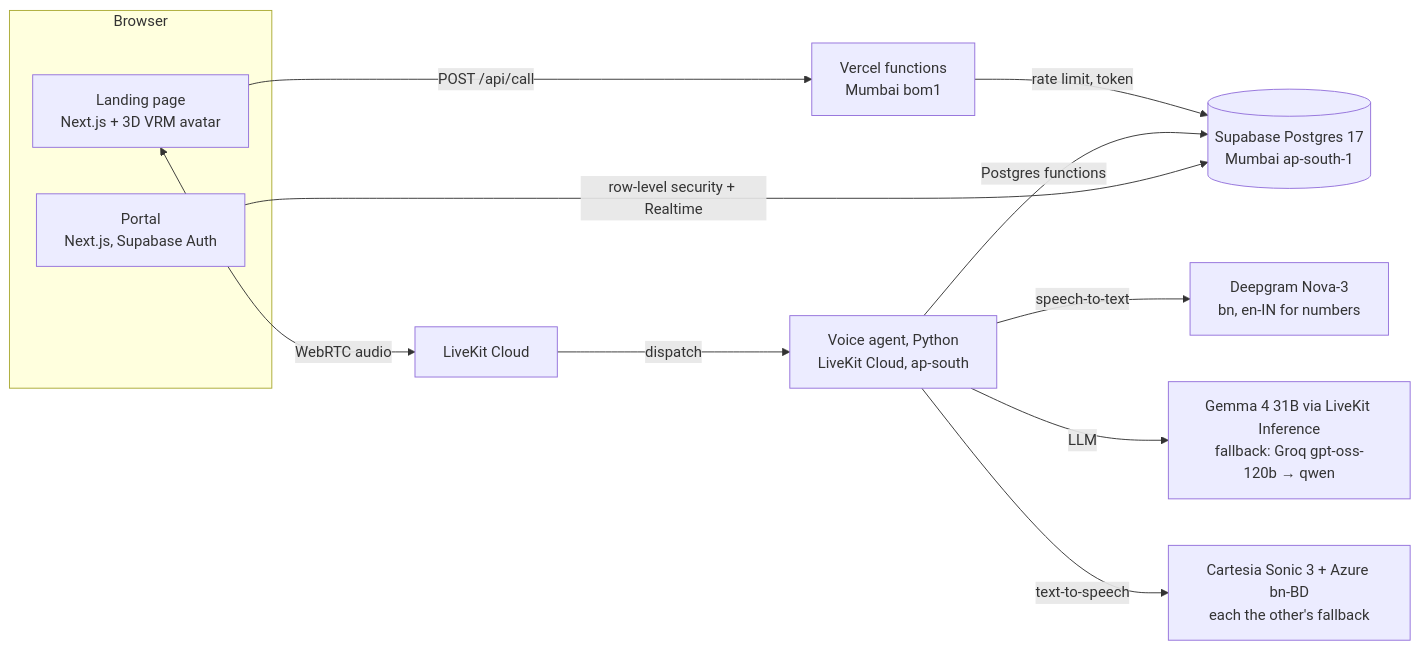
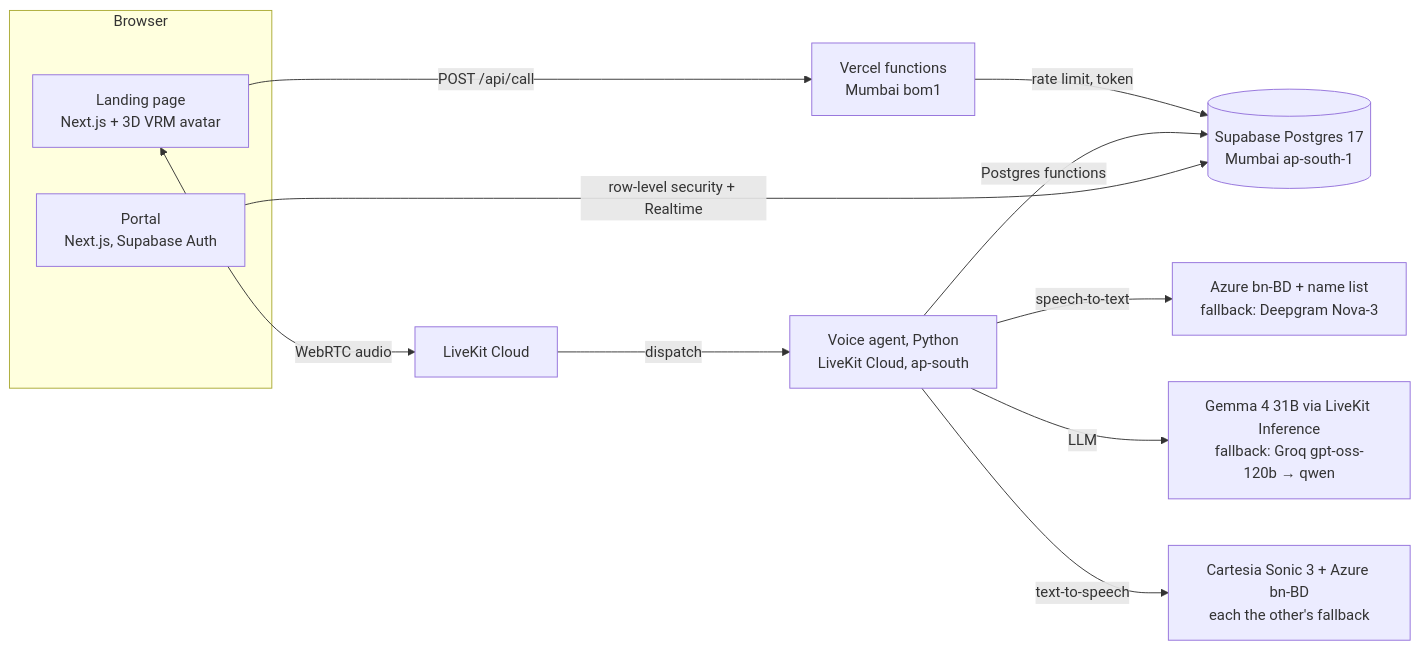
The diagram in README.md (empresst/bytevoice-bd), drawn with Mermaid before and after one commit. The commit also changed other lines of this file and 9 other files, not shown here.

Commit message:
Speech recognition: Azure bn-BD with a common Bangladeshi-name phrase list, Deepgram as fallback; no language switch for phone numbers; name read-back waits for a yes, guesses the closest common name, flags unconfirmed names

````diff
--- a/README.md
+++ b/README.md
@@ -19,16 +19,16 @@
 ```mermaid
 flowchart LR
   subgraph Browser
     LP[Landing page<br/>Next.js + 3D VRM avatar]
     PT[Portal<br/>Next.js, Supabase Auth]
   end
   LP -- POST /api/call --> API[Vercel functions<br/>Mumbai bom1]
   API -- rate limit, token --> DB[(Supabase Postgres 17<br/>Mumbai ap-south-1)]
   LP <-- WebRTC audio --> LK[LiveKit Cloud]
   LK -- dispatch --> AG[Voice agent, Python<br/>LiveKit Cloud, ap-south]
-  AG -- speech-to-text --> DG[Deepgram Nova-3<br/>bn, en-IN for numbers]
+  AG -- speech-to-text --> DG[Azure bn-BD + name list<br/>fallback: Deepgram Nova-3]
   AG -- LLM --> GM[Gemma 4 31B via LiveKit Inference<br/>fallback: Groq gpt-oss-120b → qwen]
   AG -- text-to-speech --> TT[Cartesia Sonic 3 + Azure bn-BD<br/>each the other's fallback]
   AG -- Postgres functions --> DB
   PT -- row-level security + Realtime --> DB
 ```
````
